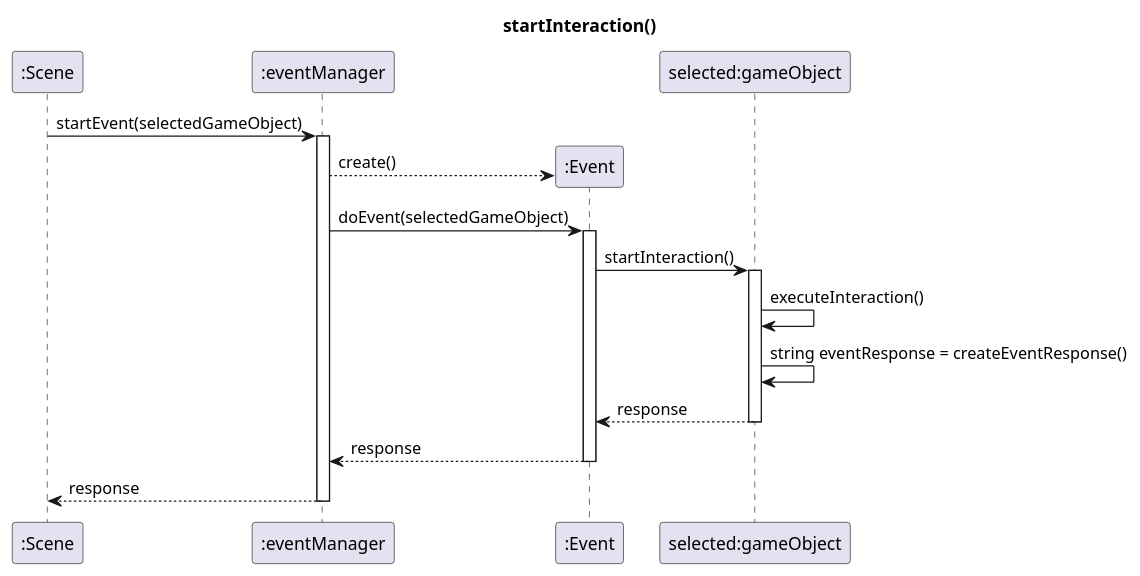
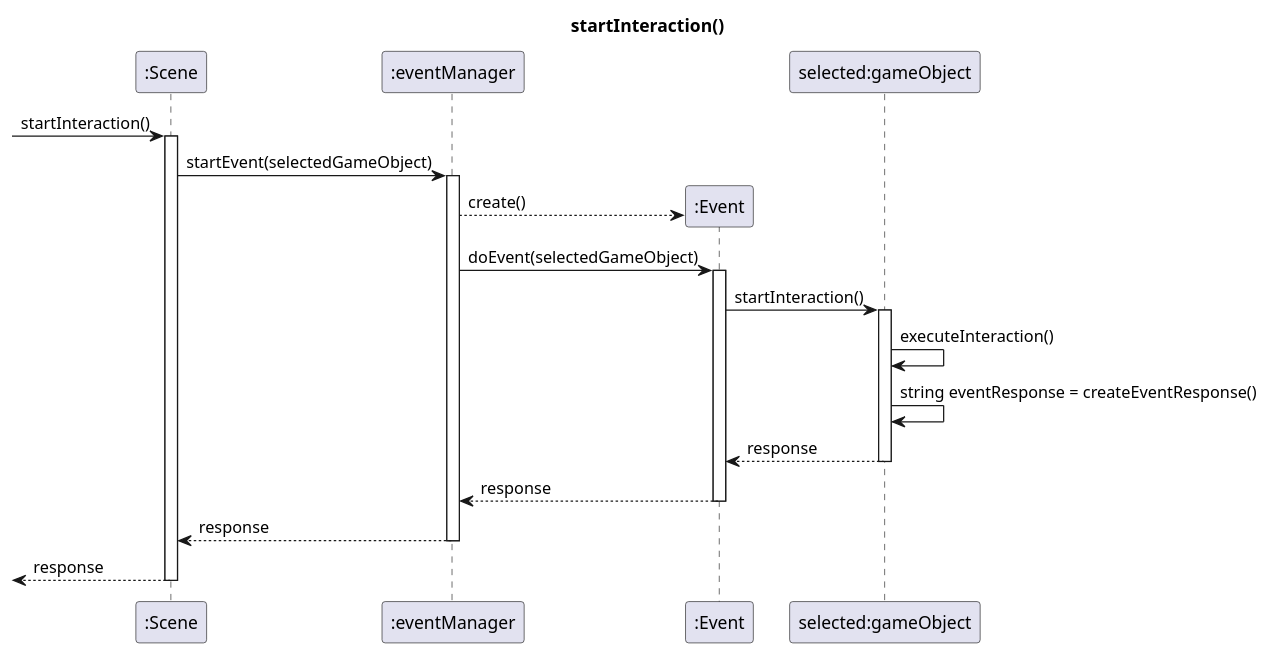
The diagram in startInteraction.pu (NoahHakansson/SE-PA1460), drawn with PlantUML before and after one commit. The commit also changed 2 other files, not shown here.

Commit message:
Updated UML in diagrams

```diff
--- a/startInteraction.pu
+++ b/startInteraction.pu
@@ -1,14 +1,16 @@
 @startuml
 
 title startInteraction()
+[-> ":Scene" ++ : startInteraction()
 ":Scene" -> ":eventManager" ++ : startEvent(selectedGameObject)
 ":eventManager" --> ":Event" ** : create()
 ":eventManager" -> ":Event" ++: doEvent(selectedGameObject)
 ":Event" -> "selected:gameObject" ++: startInteraction()
 "selected:gameObject" -> "selected:gameObject": executeInteraction()
 "selected:gameObject" -> "selected:gameObject": string eventResponse = createEventResponse()
 return response 
 return response 
 return response
+return response
 
 @enduml
```
